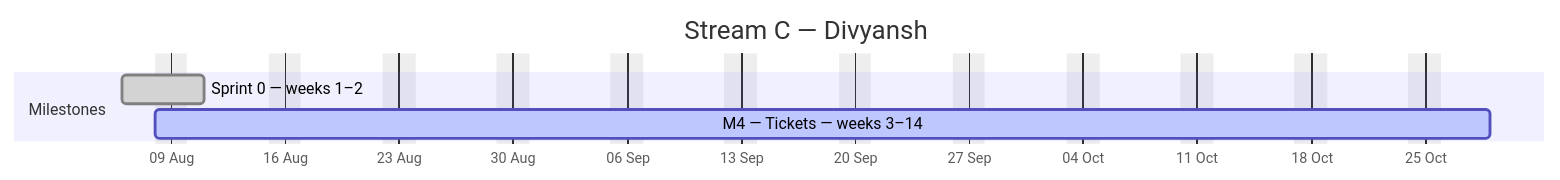
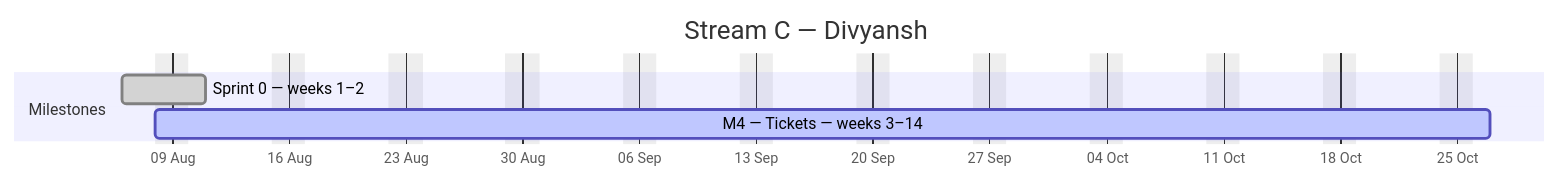
The third of 4 diagrams in docs/plan/GANTT.md (debashisedunext/EduTrack), drawn with Mermaid before and after one commit. The commit also changed other lines of this file and 3 other files, not shown here.

````diff
--- a/docs/plan/GANTT.md
+++ b/docs/plan/GANTT.md
@@ -142,10 +142,10 @@
 ```mermaid
 gantt
     dateFormat YYYY-MM-DD
     axisFormat %d %b
     title Stream C — Divyansh
     excludes weekends
     section Milestones
     Sprint 0 — weeks 1–2 :done, c0, 2026-08-06, 3d
-    M4 — Tickets — weeks 3–14 :active, c1, 2026-08-08, 59d
+    M4 — Tickets — weeks 3–14 :active, c1, 2026-08-08, 57d
 ```
````
